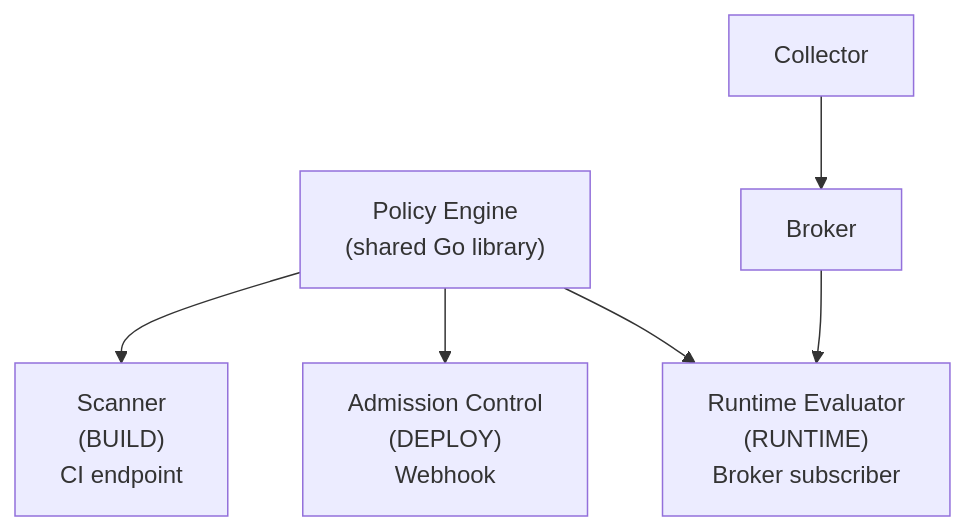
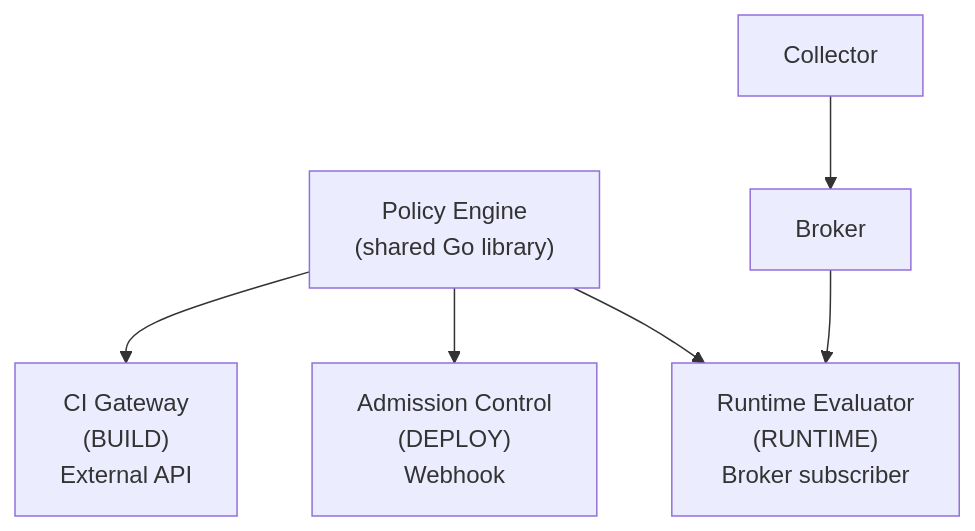
Before and after one commit to kylape/acs-next: the first of 2 diagrams in docs/architecture/components/policy-engine.md, drawn with Mermaid. The commit also changed other lines of this file and 1 other file, not shown here.

First line of the commit message:
Add CI Gateway as separate component from Scan Orchestrator

````diff
--- a/docs/architecture/components/policy-engine.md
+++ b/docs/architecture/components/policy-engine.md
@@ -140,11 +141,11 @@
 ```mermaid
 graph TB
     Lib["Policy Engine<br/>(shared Go library)"]
 
-    Lib --> Scanner["Scanner<br/>(BUILD)<br/>CI endpoint"]
+    Lib --> CI["CI Gateway<br/>(BUILD)<br/>External API"]
     Lib --> Admission["Admission Control<br/>(DEPLOY)<br/>Webhook"]
     Lib --> Runtime["Runtime Evaluator<br/>(RUNTIME)<br/>Broker subscriber"]
 
     Collector --> Broker
     Broker --> Runtime
 ```
````
